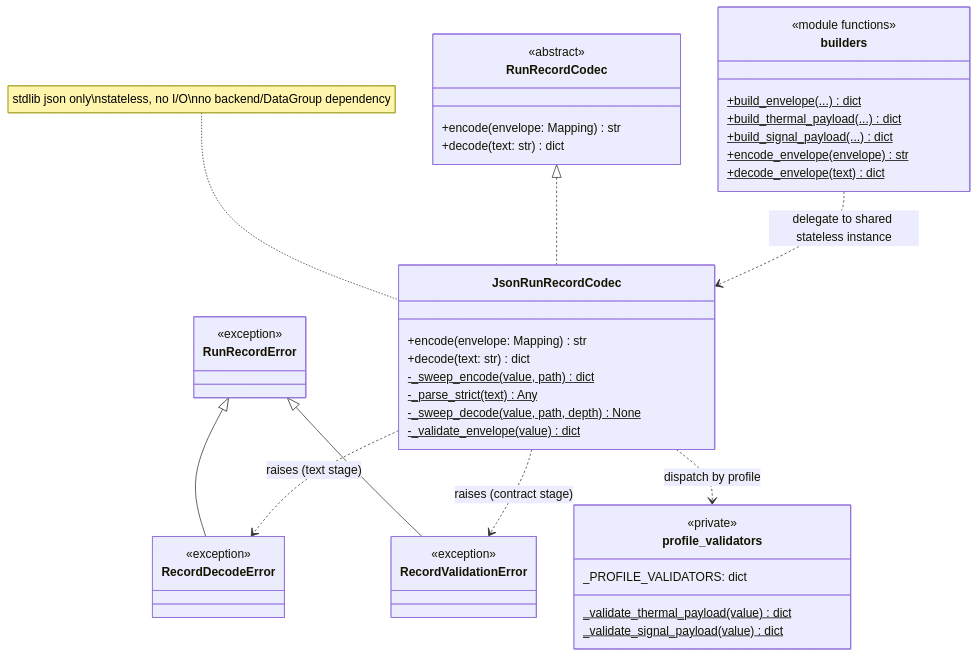
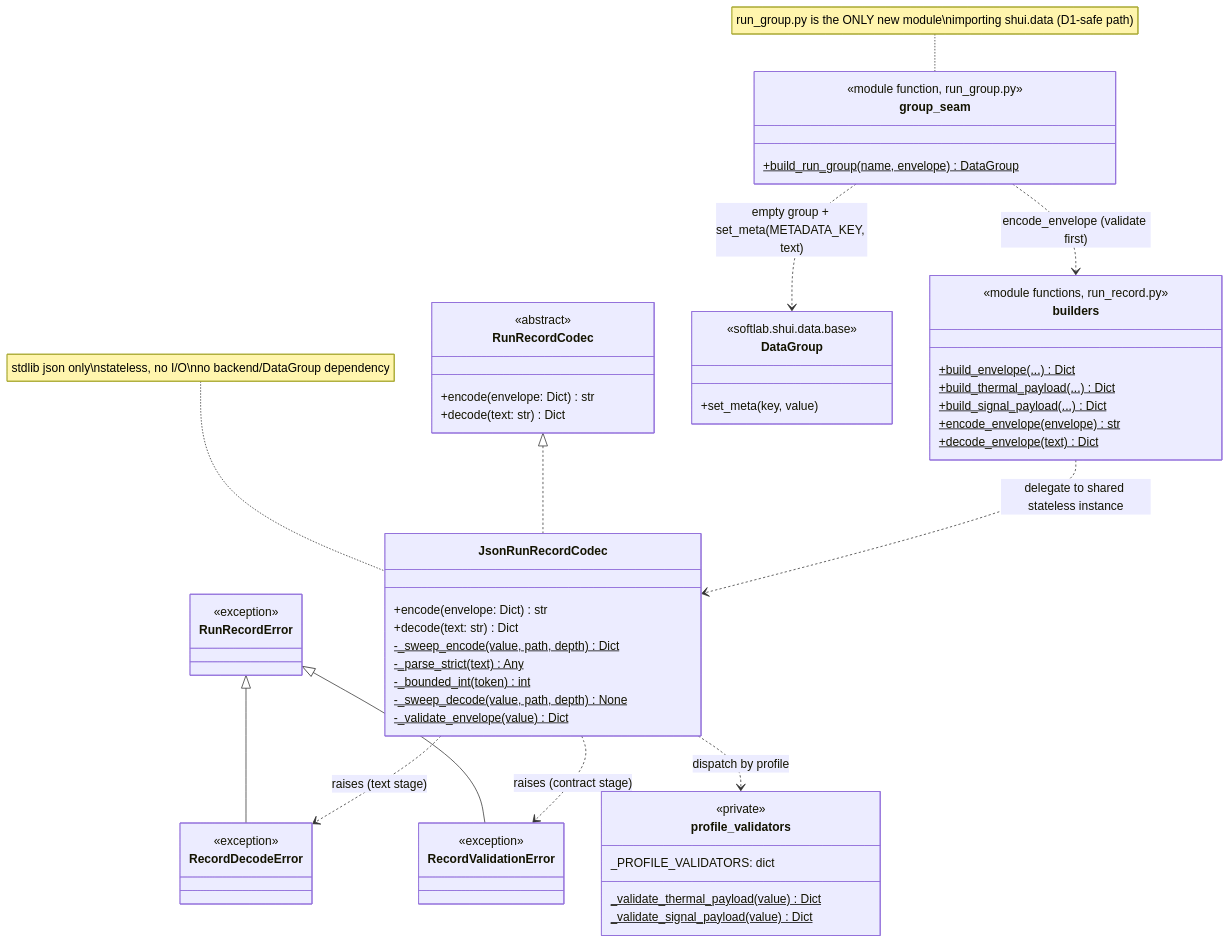
One commit to hoolheart/softlab changed the first of 3 diagrams in log/release_12/design/p2-schema-design.md. Above: the diagram before and after it, drawn with Mermaid. The commit also changed other lines of this file, not shown here.

Commit message:
docs(log): revise phase 2 schema design per architecture review

````diff
--- a/log/release_12/design/p2-schema-design.md
+++ b/log/release_12/design/p2-schema-design.md
@@ -572,51 +815,65 @@
 ```mermaid
 classDiagram
     class RunRecordCodec {
         <<abstract>>
-        +encode(envelope: Mapping) str
-        +decode(text: str) dict
+        +encode(envelope: Dict) str
+        +decode(text: str) Dict
     }
     class JsonRunRecordCodec {
-        +encode(envelope: Mapping) str
-        +decode(text: str) dict
-        -_sweep_encode(value, path)$ dict
+        +encode(envelope: Dict) str
+        +decode(text: str) Dict
+        -_sweep_encode(value, path, depth)$ Dict
         -_parse_strict(text)$ Any
+        -_bounded_int(token)$ int
         -_sweep_decode(value, path, depth)$ None
-        -_validate_envelope(value)$ dict
+        -_validate_envelope(value)$ Dict
     }
     RunRecordCodec <|.. JsonRunRecordCodec
 
     class RunRecordError {
         <<exception>>
     }
     class RecordDecodeError {
         <<exception>>
     }
     class RecordValidationError {
         <<exception>>
     }
     RunRecordError <|-- RecordDecodeError
     RunRecordError <|-- RecordValidationError
 
     class builders {
-        <<module functions>>
-        +build_envelope(...)$ dict
-        +build_thermal_payload(...)$ dict
-        +build_signal_payload(...)$ dict
+        <<module functions, run_record.py>>
+        +build_envelope(...)$ Dict
+        +build_thermal_payload(...)$ Dict
+        +build_signal_payload(...)$ Dict
         +encode_envelope(envelope)$ str
-        +decode_envelope(text)$ dict
+        +decode_envelope(text)$ Dict
+    }
+
+    class group_seam {
+        <<module function, run_group.py>>
+        +build_run_group(name, envelope)$ DataGroup
+    }
+
+    class DataGroup {
+        <<softlab.shui.data.base>>
+        +set_meta(key, value)
     }
 
     class profile_validators {
         <<private>>
-        _validate_thermal_payload(value)$ dict
-        _validate_signal_payload(value)$ dict
+        _validate_thermal_payload(value)$ Dict
+        _validate_signal_payload(value)$ Dict
         _PROFILE_VALIDATORS: dict
     }
 
     JsonRunRecordCodec ..> RecordDecodeError : raises (text stage)
     JsonRunRecordCodec ..> RecordValidationError : raises (contract stage)
     JsonRunRecordCodec ..> profile_validators : dispatch by profile
     builders ..> JsonRunRecordCodec : delegate to shared stateless instance
+    group_seam ..> builders : encode_envelope (validate first)
+    group_seam ..> DataGroup : empty group + set_meta(METADATA_KEY, text)
     note for JsonRunRecordCodec "stdlib json only\nstateless, no I/O\nno backend/DataGroup dependency"
+    note for group_seam "run_group.py is the ONLY new module\nimporting shui.data (D1-safe path)"
 ```
````
